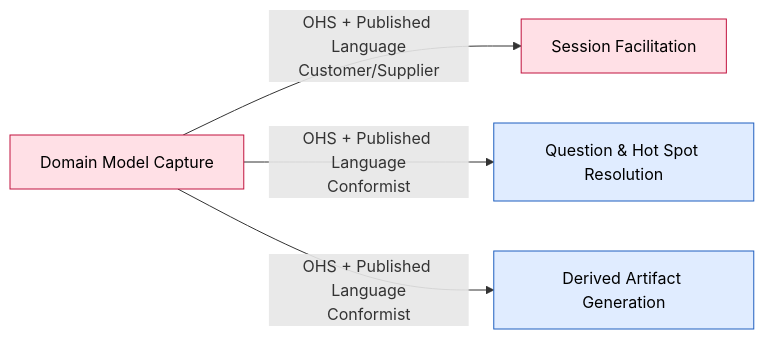
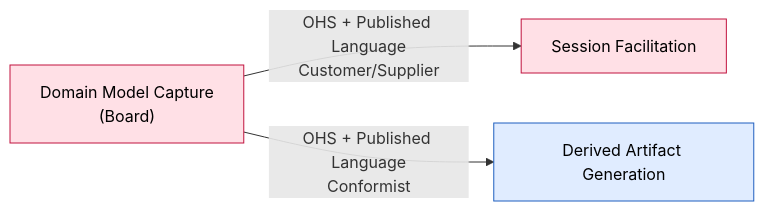
One commit to vinialbano/eventstormer changed the diagram in docs/domain/bounded-contexts/domain-model-capture/canvas.md. Above: the diagram before and after it, drawn with Mermaid. The commit also changed other lines of this file and 8 other files, not shown here.

First line of the commit message:
docs: design-level eventstorming on domain model capture

````diff
--- a/docs/domain/bounded-contexts/domain-model-capture/canvas.md
+++ b/docs/domain/bounded-contexts/domain-model-capture/canvas.md
@@ -100,13 +205,11 @@
 ```mermaid
 flowchart LR
-  This["Domain Model Capture"] -->|"OHS + Published Language\nCustomer/Supplier"| Facil["Session Facilitation"]
-  This -->|"OHS + Published Language\nConformist"| HotSpot["Question & Hot Spot Resolution"]
+  This["Domain Model Capture\n(Board)"] -->|"OHS + Published Language\nCustomer/Supplier"| Facil["Session Facilitation"]
   This -->|"OHS + Published Language\nConformist"| Artifact["Derived Artifact Generation"]
 
   classDef core fill:#ffe0e6,stroke:#c1123e,color:#000
   classDef sup fill:#e0ecff,stroke:#1f5fbf,color:#000
   class This core
   class Facil core
-  class HotSpot sup
   class Artifact sup
 ```
````
